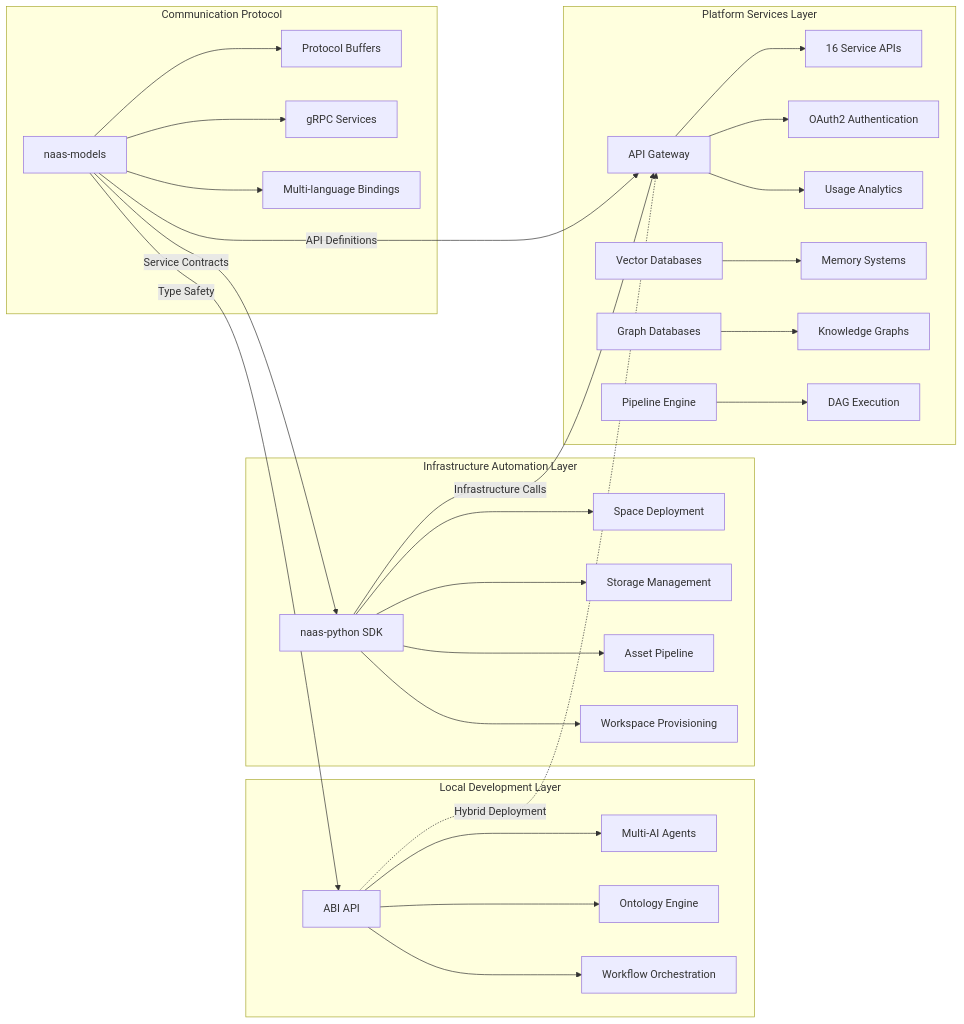
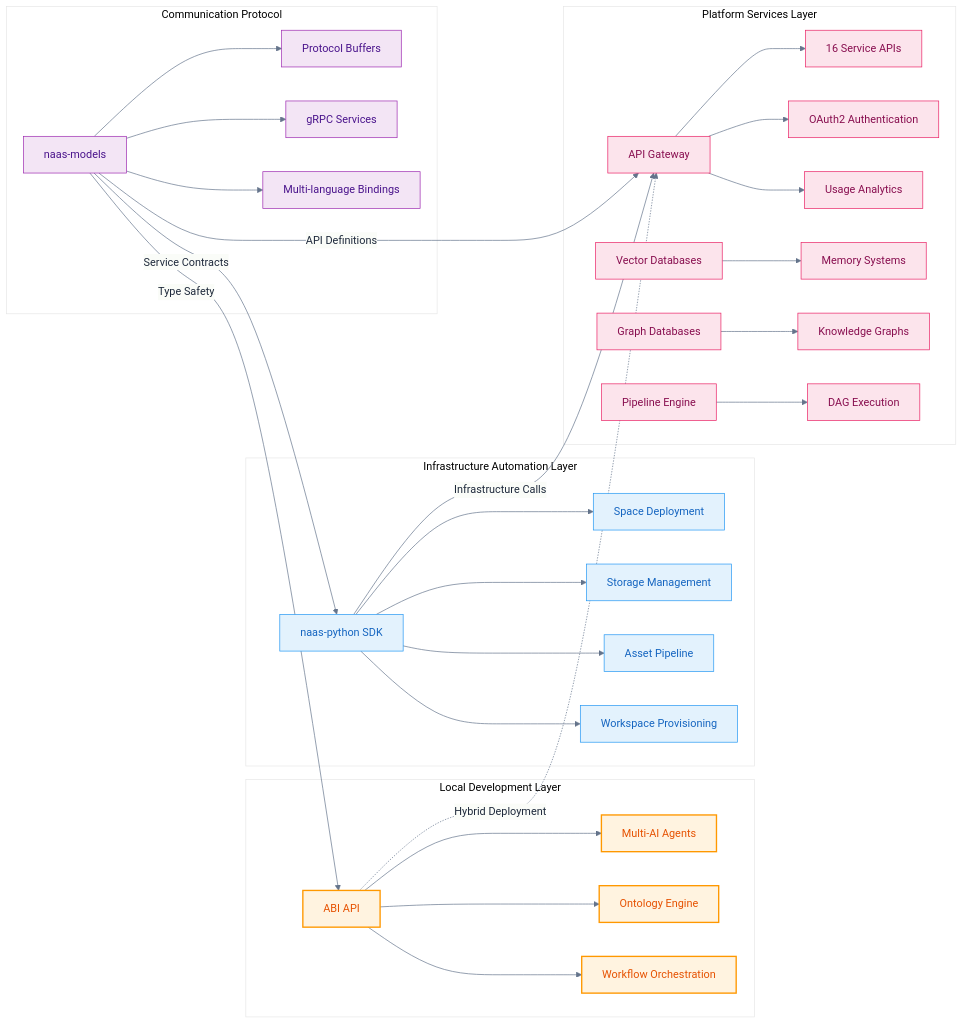
The diagram in site/docs/scale/overview.md (jupyter-naas/docs), drawn with Mermaid before and after one commit. The commit also changed 3 other files, not shown here.

First line of the commit message:
fix: Apply consistent Mermaid theme to ALL diagrams across scale documentation

````diff
--- a/site/docs/scale/overview.md
+++ b/site/docs/scale/overview.md
@@ -48,37 +48,49 @@
 ```mermaid
+%%{init: {'theme':'base', 'themeVariables': {'primaryColor': '#f8fafc', 'primaryTextColor': '#1e293b', 'primaryBorderColor': '#e2e8f0', 'lineColor': '#64748b'}}}%%
 graph LR
     subgraph "Local Development Layer"
         A[ABI API] --> B[Multi-AI Agents]
         A --> C[Ontology Engine]
         A --> D[Workflow Orchestration]
     end
     
     subgraph "Infrastructure Automation Layer"
         E[naas-python SDK] --> F[Space Deployment]
         E --> G[Storage Management]
         E --> H[Asset Pipeline]
         E --> I[Workspace Provisioning]
     end
     
     subgraph "Platform Services Layer"
         J[API Gateway] --> K[16 Service APIs]
         J --> L[OAuth2 Authentication]
         J --> M[Usage Analytics]
         
         N[Vector Databases] --> O[Memory Systems]
         P[Graph Databases] --> Q[Knowledge Graphs]
         R[Pipeline Engine] --> S[DAG Execution]
     end
     
     subgraph "Communication Protocol"
         T[naas-models] --> U[Protocol Buffers]
         T --> V[gRPC Services]
         T --> W[Multi-language Bindings]
     end
     
     A -.->|"Hybrid Deployment"| J
     E -->|"Infrastructure Calls"| J
     T -->|"Type Safety"| A
     T -->|"Service Contracts"| E
     T -->|"API Definitions"| J
+    
+    classDef userExp fill:#e8f5e8,stroke:#4caf50,stroke-width:2px,color:#2e7d32
+    classDef platform fill:#e3f2fd,stroke:#2196f3,stroke-width:1px,color:#1565c0
+    classDef aiEngine fill:#fff3e0,stroke:#ff9800,stroke-width:2px,color:#e65100
+    classDef dataLayer fill:#f3e5f5,stroke:#9c27b0,stroke-width:1px,color:#4a148c
+    classDef infrastructure fill:#fce4ec,stroke:#e91e63,stroke-width:1px,color:#880e4f
+    
+    class A,B,C,D aiEngine
+    class E,F,G,H,I platform
+    class J,K,L,M,N,O,P,Q,R,S infrastructure
+    class T,U,V,W dataLayer
 ```
````
